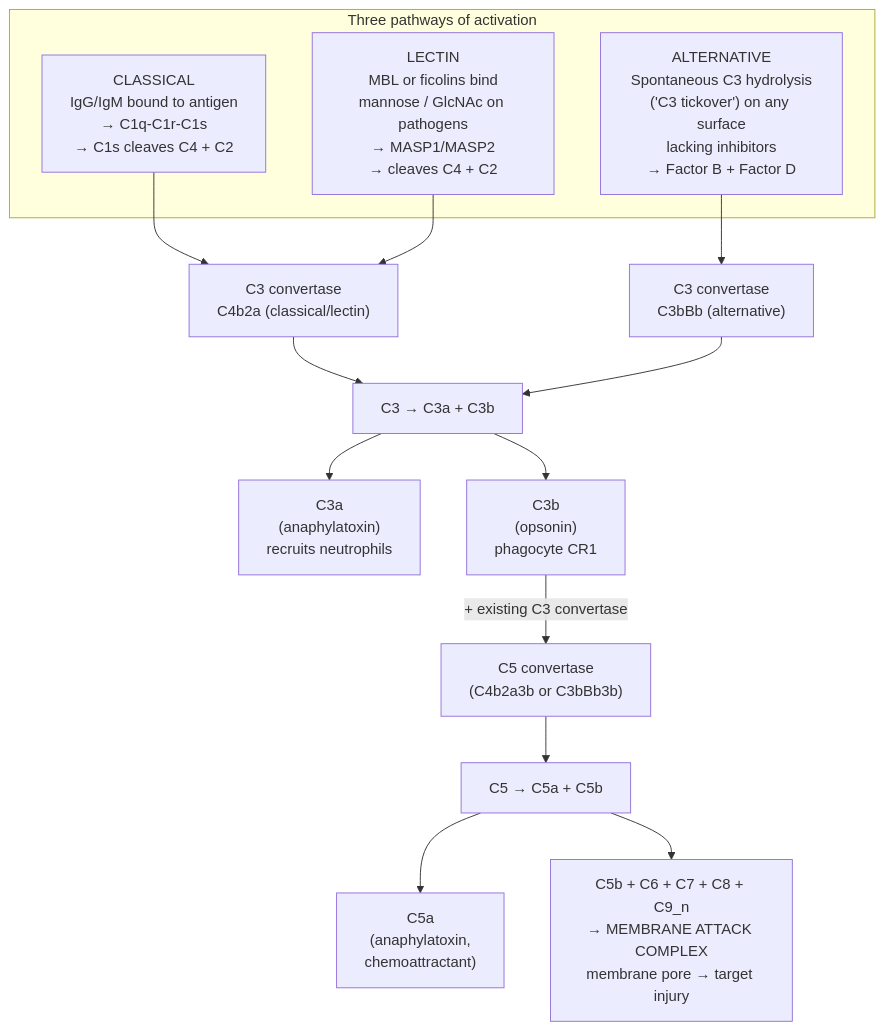
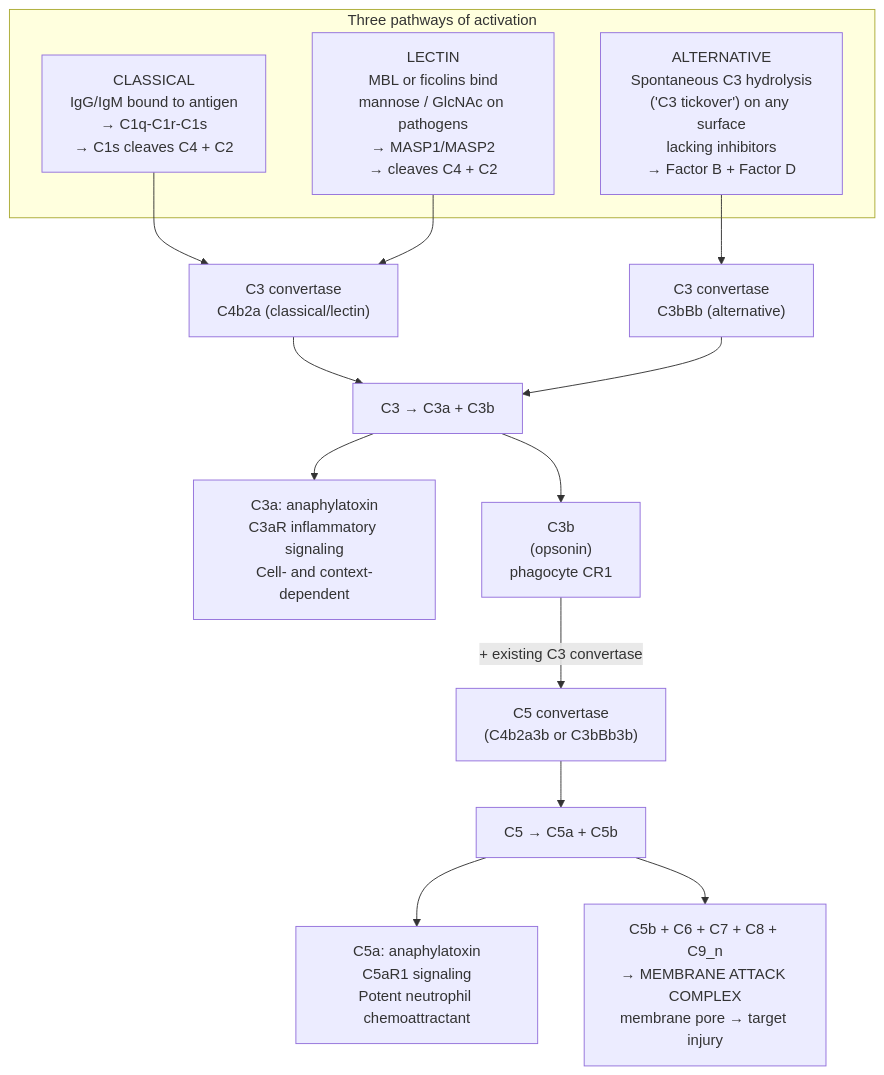
Before and after one commit to docxology/biology_textbook: the second of 6 diagrams in docs/manuscript/unit_VII/host_immunity_and_vaccines.md, drawn with Mermaid. The commit also changed other lines of this file and 41 other files, not shown here.

````diff
--- a/docs/manuscript/unit_VII/host_immunity_and_vaccines.md
+++ b/docs/manuscript/unit_VII/host_immunity_and_vaccines.md
@@ -201,23 +210,23 @@
 ```mermaid
 flowchart TB
     subgraph "Three pathways of activation"
         CL["CLASSICAL\nIgG/IgM bound to antigen\n→ C1q-C1r-C1s\n→ C1s cleaves C4 + C2"]
         LE["LECTIN\nMBL or ficolins bind\nmannose / GlcNAc on pathogens\n→ MASP1/MASP2\n→ cleaves C4 + C2"]
         AL["ALTERNATIVE\nSpontaneous C3 hydrolysis\n('C3 tickover') on any surface\nlacking inhibitors\n→ Factor B + Factor D"]
     end
 
     CL --> C3conv1["C3 convertase\nC4b2a (classical/lectin)"]
     LE --> C3conv1
     AL --> C3conv2["C3 convertase\nC3bBb (alternative)"]
 
     C3conv1 --> C3split["C3 → C3a + C3b"]
     C3conv2 --> C3split
 
-    C3split --> C3a["C3a\n(anaphylatoxin)\nrecruits neutrophils"]
+    C3split --> C3a["C3a: anaphylatoxin<br/>C3aR inflammatory signaling<br/>Cell- and context-dependent"]
     C3split --> C3b["C3b\n(opsonin)\nphagocyte CR1"]
 
     C3b -->|"+ existing C3 convertase"| C5conv["C5 convertase\n(C4b2a3b or C3bBb3b)"]
     C5conv --> C5["C5 → C5a + C5b"]
-    C5 --> C5a["C5a\n(anaphylatoxin,\nchemoattractant)"]
+    C5 --> C5a["C5a: anaphylatoxin<br/>C5aR1 signaling<br/>Potent neutrophil chemoattractant"]
     C5 --> MAC["C5b + C6 + C7 + C8 + C9_n\n→ MEMBRANE ATTACK COMPLEX\nmembrane pore → target injury"]
 ```
````
